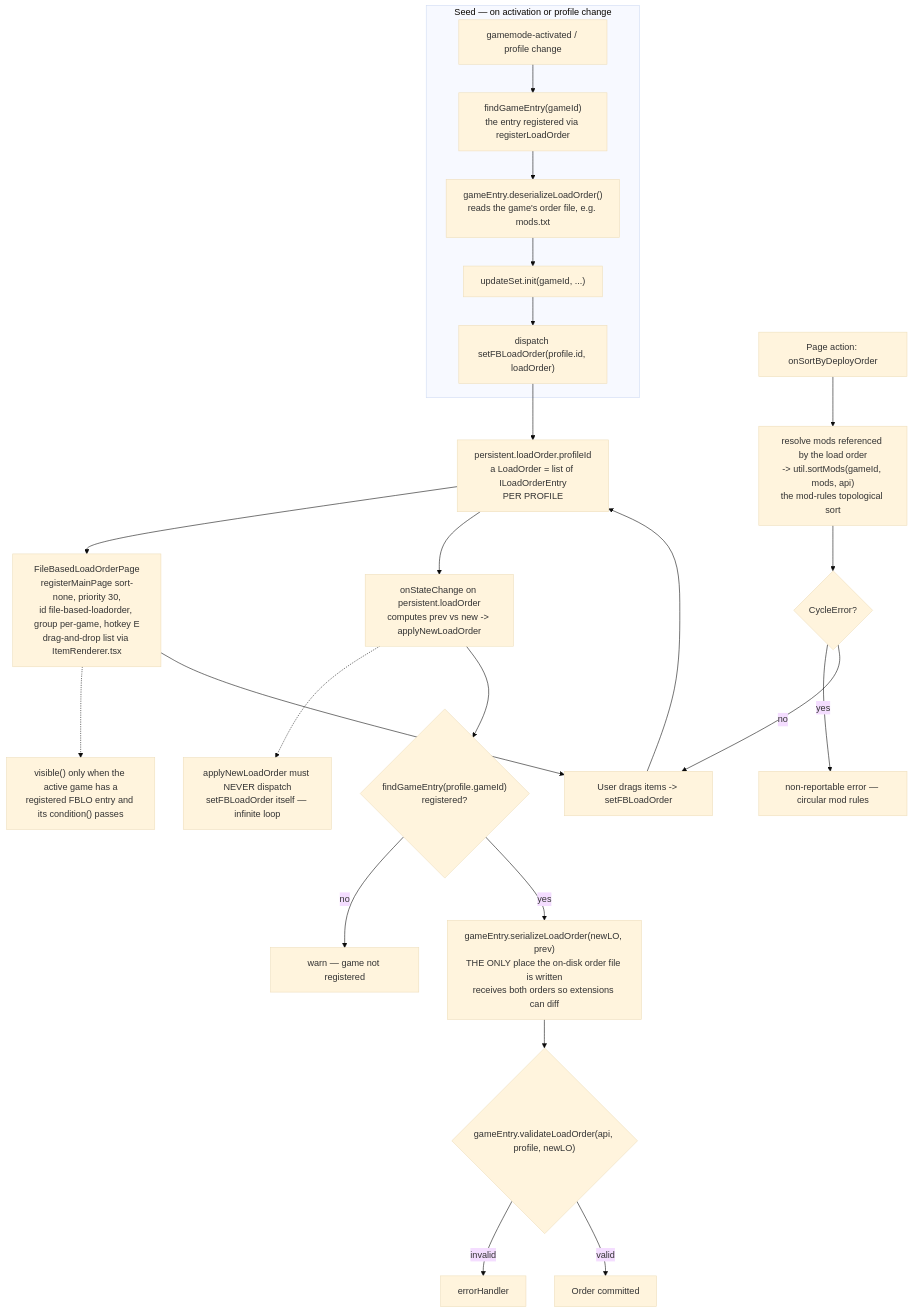
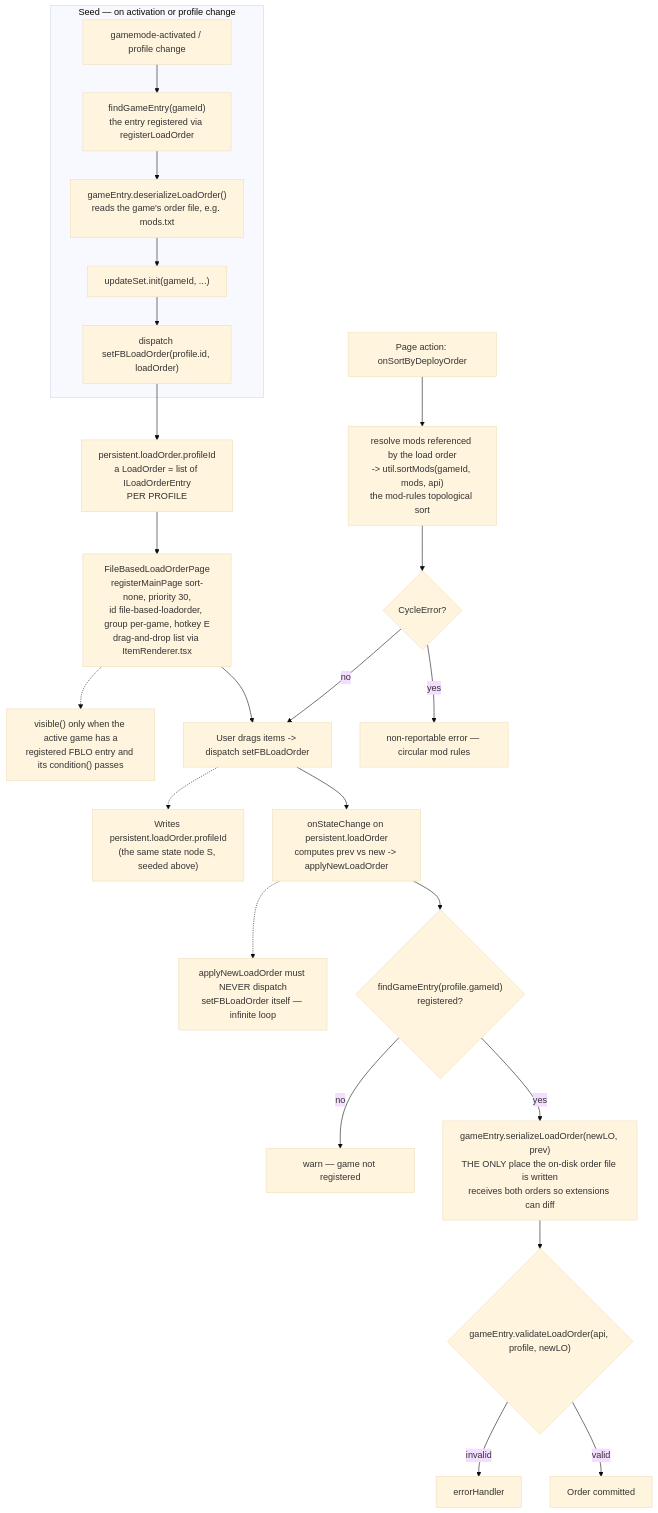
The fourth of 13 diagrams in resources/VORTEX_FLOWCHARTS.md (ChemGuy1611/ChemBoy1-Vortex-Games), drawn with Mermaid (base theme) before and after one commit. The commit also changed other lines of this file, not shown here.

Commit message:
flowcharts fix

````diff
--- a/resources/VORTEX_FLOWCHARTS.md
+++ b/resources/VORTEX_FLOWCHARTS.md
@@ -147,33 +170,32 @@
 ```mermaid
 flowchart TD
     subgraph SEED["Seed — on activation or profile change"]
         A["gamemode-activated / profile change"] --> B["findGameEntry(gameId)<br/>the entry registered via registerLoadOrder"]
         B --> C["gameEntry.deserializeLoadOrder()<br/>reads the game's order file, e.g. mods.txt"]
         C --> D["updateSet.init(gameId, ...)"]
         D --> E["dispatch setFBLoadOrder(profile.id, loadOrder)"]
     end
 
     E --> S["persistent.loadOrder.profileId<br/>a LoadOrder = list of ILoadOrderEntry<br/>PER PROFILE"]
 
     S --> UI["FileBasedLoadOrderPage<br/>registerMainPage sort-none, priority 30,<br/>id file-based-loadorder, group per-game, hotkey E<br/>drag-and-drop list via ItemRenderer.tsx"]
     UI -.-> VIS["visible() only when the active game has a<br/>registered FBLO entry and its condition() passes"]
 
-    UI --> RE["User drags items -> setFBLoadOrder"]
-    RE --> S
-
-    S --> WATCH["onStateChange on persistent.loadOrder<br/>computes prev vs new -> applyNewLoadOrder"]
+    UI --> RE["User drags items -> dispatch setFBLoadOrder"]
+    RE -.-> SNOTE["Writes persistent.loadOrder.profileId<br/>(the same state node S, seeded above)"]
+    RE --> WATCH["onStateChange on persistent.loadOrder<br/>computes prev vs new -> applyNewLoadOrder"]
     WATCH -.-> LOOP["applyNewLoadOrder must NEVER dispatch<br/>setFBLoadOrder itself — infinite loop"]
 
     WATCH --> FIND{"findGameEntry(profile.gameId)<br/>registered?"}
     FIND -- "no" --> WARN["warn — game not registered"]
     FIND -- "yes" --> SER["gameEntry.serializeLoadOrder(newLO, prev)<br/>THE ONLY place the on-disk order file is written<br/>receives both orders so extensions can diff"]
 
     SER --> VAL{"gameEntry.validateLoadOrder(api, profile, newLO)"}
     VAL -- "invalid" --> ERR["errorHandler"]
     VAL -- "valid" --> OK["Order committed"]
 
     SORT["Page action: onSortByDeployOrder"] --> SORT1["resolve mods referenced by the load order<br/>-> util.sortMods(gameId, mods, api)<br/>the mod-rules topological sort"]
     SORT1 --> SORT2{"CycleError?"}
     SORT2 -- "yes" --> SORT3["non-reportable error — circular mod rules"]
     SORT2 -- "no" --> RE
 ```
````
